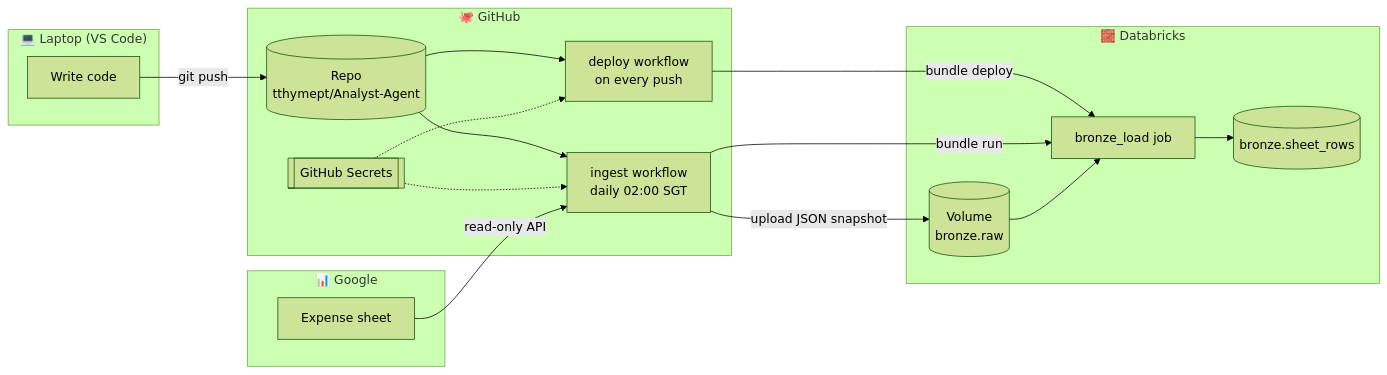
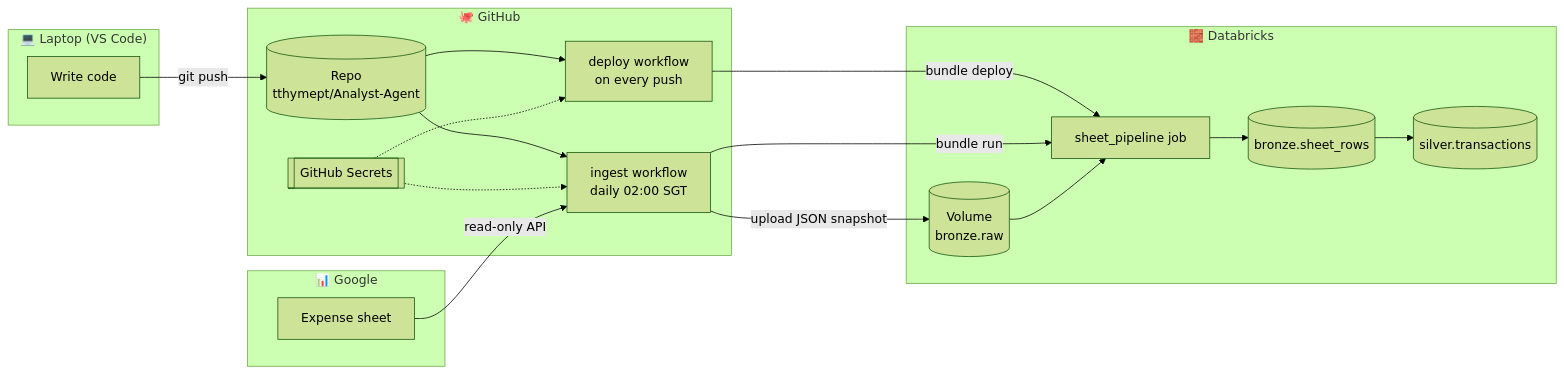
The diagram in README.md (tthymept/Analyst-Agent), drawn with Mermaid (forest theme) before and after one commit. The commit also changed other lines of this file and 12 other files, not shown here.

Commit message:
Phase 1: silver.transactions in PySpark with data tests

````diff
--- a/README.md
+++ b/README.md
@@ -11,29 +11,30 @@
 ```mermaid
 flowchart LR
     subgraph Laptop["💻 Laptop (VS Code)"]
         code[Write code]
     end
     subgraph GitHub["🐙 GitHub"]
         repo[(Repo<br/>tthymept/Analyst-Agent)]
         deploy[deploy workflow<br/>on every push]
         ingest[ingest workflow<br/>daily 02:00 SGT]
         secrets[[GitHub Secrets]]
     end
     subgraph Google["📊 Google"]
         sheet[Expense sheet]
     end
     subgraph Databricks["🧱 Databricks"]
         volume[(Volume<br/>bronze.raw)]
-        job[bronze_load job]
+        job[sheet_pipeline job]
         table[(bronze.sheet_rows)]
+        silver[(silver.transactions)]
     end
 
     code -- git push --> repo
     repo --> deploy -- bundle deploy --> job
     repo --> ingest
     secrets -.-> deploy & ingest
     sheet -- read-only API --> ingest
     ingest -- upload JSON snapshot --> volume
     ingest -- bundle run --> job
-    volume --> job --> table
+    volume --> job --> table --> silver
 ```
````
